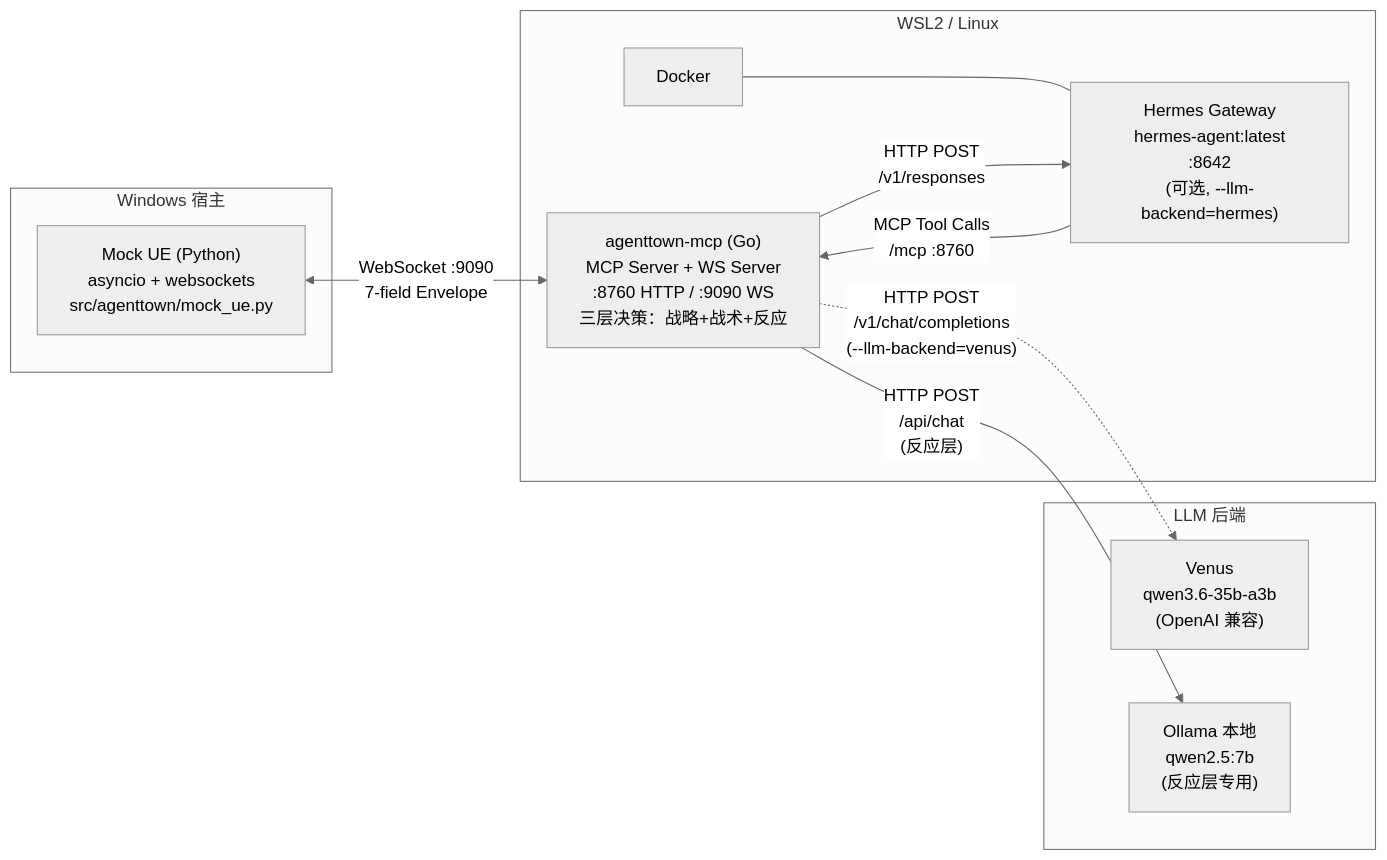
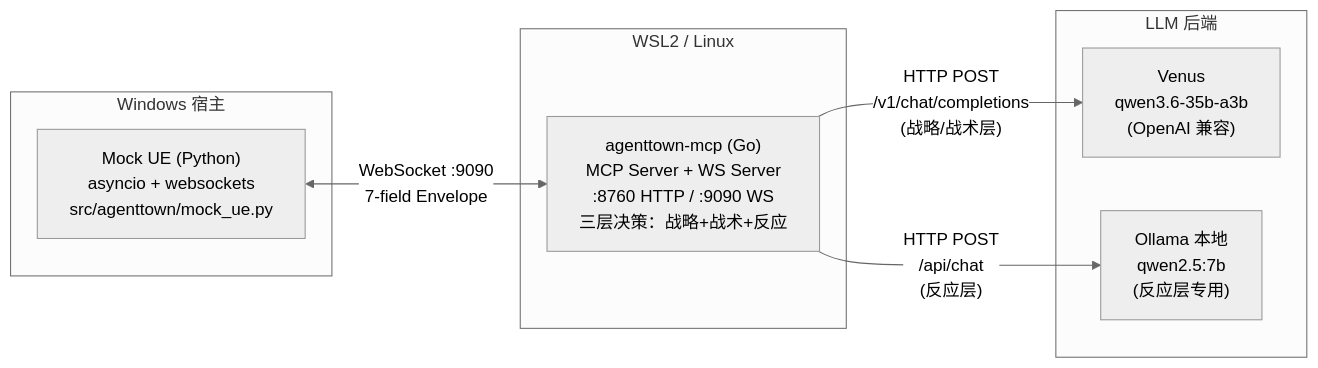
The first of 5 diagrams in CODEBUDDY.md (yitian-chen/SmartNPC), drawn with Mermaid (neutral theme) before and after one commit. The commit also changed other lines of this file, not shown here.

First line of the commit message:
docs(mcp): 更新 CODEBUDDY.md 移除 Hermes 引用

````diff
--- a/CODEBUDDY.md
+++ b/CODEBUDDY.md
@@ -21,21 +18,16 @@
 ```mermaid
 graph LR
     subgraph Win["Windows 宿主"]
         UE["Mock UE (Python)<br/>asyncio + websockets<br/>src/agenttown/mock_ue.py"]
     end
     subgraph WSL["WSL2 / Linux"]
         MCP["agenttown-mcp (Go)<br/>MCP Server + WS Server<br/>:8760 HTTP / :9090 WS<br/>三层决策：战略+战术+反应"]
-        DOCKER["Docker"]
-        HERMES["Hermes Gateway<br/>hermes-agent:latest<br/>:8642<br/>(可选, --llm-backend=hermes)"]
-        DOCKER --- HERMES
     end
     subgraph LLM["LLM 后端"]
         VENUS["Venus<br/>qwen3.6-35b-a3b<br/>(OpenAI 兼容)"]
         OLLAMA["Ollama 本地<br/>qwen2.5:7b<br/>(反应层专用)"]
     end
     UE <-->|"WebSocket :9090<br/>7-field Envelope"| MCP
-    MCP -->|"HTTP POST<br/>/v1/responses"| HERMES
-    MCP -.->|"HTTP POST<br/>/v1/chat/completions<br/>(--llm-backend=venus)"| VENUS
+    MCP -->|"HTTP POST<br/>/v1/chat/completions<br/>(战略/战术层)"| VENUS
     MCP -->|"HTTP POST<br/>/api/chat<br/>(反应层)"| OLLAMA
-    HERMES -->|"MCP Tool Calls<br/>/mcp :8760"| MCP
 ```
````
